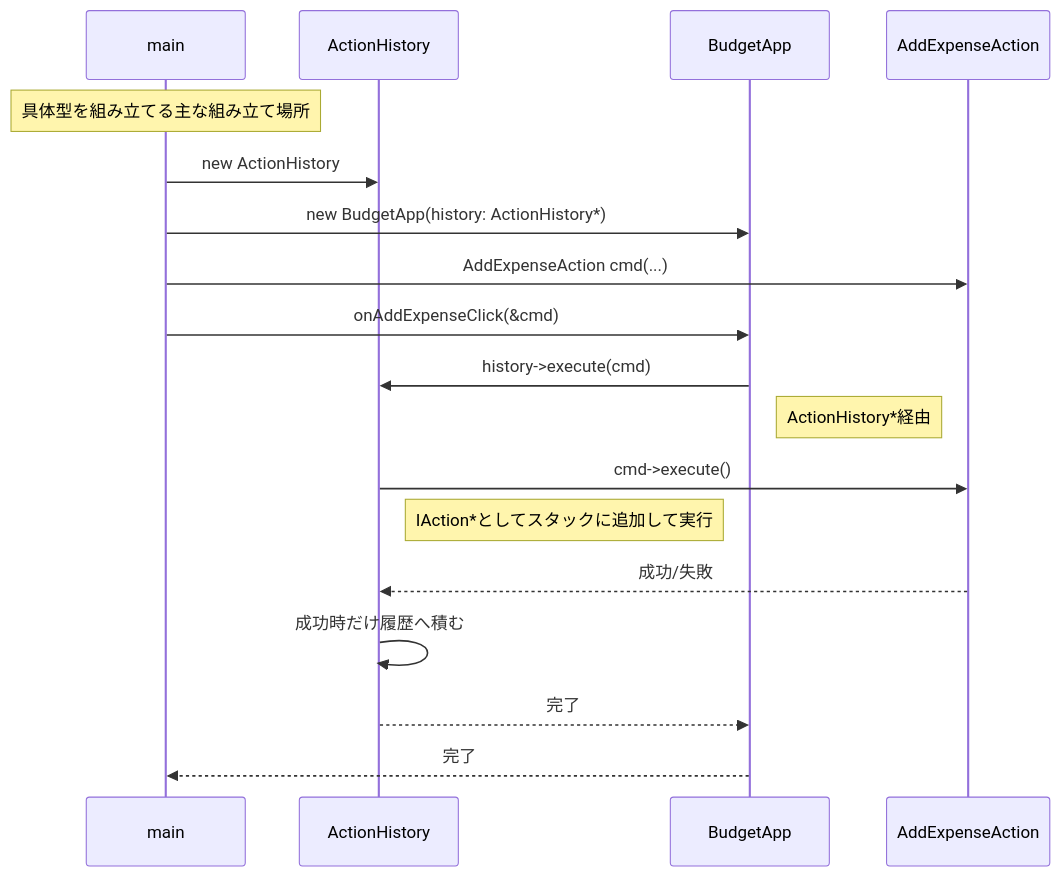
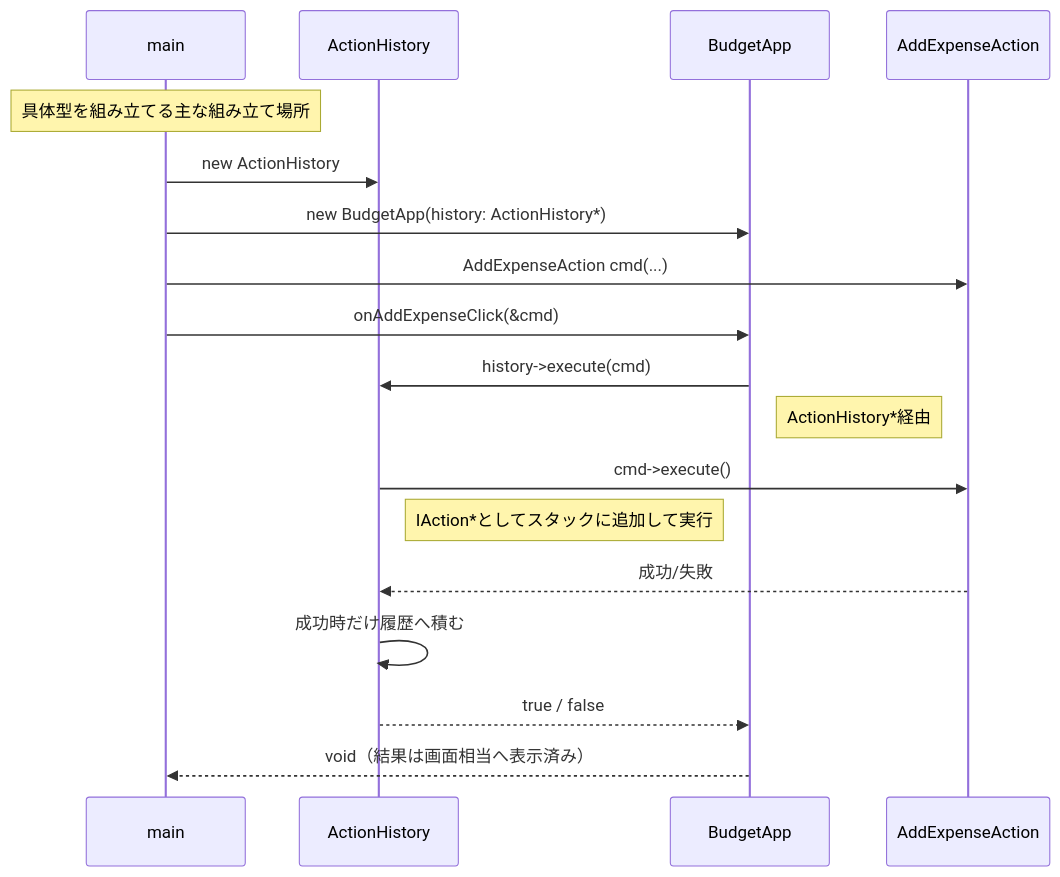
Diagram 16 of 19 in kindle/design-patterns/output/chapter05.md (kumachan1101-pixel/DesignPattern), drawn with Mermaid before and after one commit. The commit also changed other lines of this file and 28 other files, not shown here.

Commit message:
docs: simplify phase 6 design flow

````diff
--- a/kindle/design-patterns/output/chapter05.md
+++ b/kindle/design-patterns/output/chapter05.md
@@ -2193,20 +2127,20 @@
 ```mermaid
 sequenceDiagram
     participant main
     participant CH as ActionHistory
     participant BA as BudgetApp
     participant AEC as AddExpenseAction
     Note over main: 具体型を組み立てる主な組み立て場所
     main->>CH: new ActionHistory
     main->>BA: new BudgetApp(history: ActionHistory*)
     main->>AEC: AddExpenseAction cmd(...)
     main->>BA: onAddExpenseClick(&cmd)
     BA->>CH: history->execute(cmd)
     Note right of BA: ActionHistory*経由
     CH->>AEC: cmd->execute()
     Note right of CH: IAction*としてスタックに追加して実行
     AEC-->>CH: 成功/失敗
     CH->>CH: 成功時だけ履歴へ積む
-    CH-->>BA: 完了
-    BA-->>main: 完了
+    CH-->>BA: true / false
+    BA-->>main: void（結果は画面相当へ表示済み）
 ```
````
